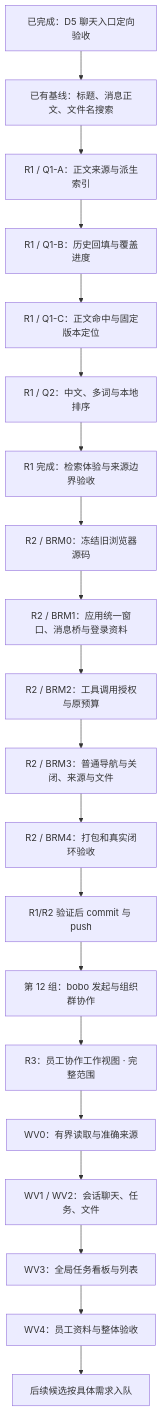
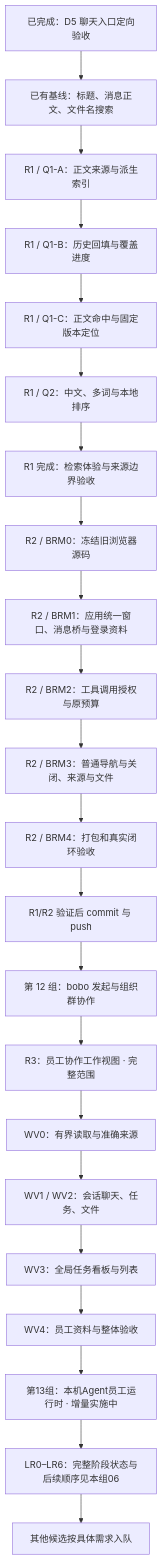
One commit to 6owen/boai-agent changed the diagram in ai-docs/spec/01-后续功能实施路线图.md. Above: the diagram before and after it, drawn with Mermaid. The commit also changed other lines of this file and 951 other files, not shown here.

````diff
--- a/ai-docs/spec/01-后续功能实施路线图.md
+++ b/ai-docs/spec/01-后续功能实施路线图.md
@@ -26,22 +54,24 @@
 ```mermaid
 flowchart TD
     P[已完成：D5 聊天入口定向验收] --> A[已有基线：标题、消息正文、文件名搜索]
     A --> B[R1 / Q1-A：正文来源与派生索引]
     B --> C[R1 / Q1-B：历史回填与覆盖进度]
     C --> D[R1 / Q1-C：正文命中与固定版本定位]
     D --> E[R1 / Q2：中文、多词与本地排序]
     E --> F[R1 完成：检索体验与来源边界验收]
     F --> G[R2 / BRM0：冻结旧浏览器源码]
     G --> H[R2 / BRM1：应用统一窗口、消息桥与登录资料]
     H --> I[R2 / BRM2：工具调用授权与原预算]
     I --> J[R2 / BRM3：普通导航与关闭、来源与文件]
     J --> K[R2 / BRM4：打包和真实闭环验收]
     K --> CMT[R1/R2 验证后 commit 与 push]
     CMT --> O[第 12 组：bobo 发起与组织群协作]
     O --> L[R3：员工协作工作视图 · 完整范围]
     L --> M[WV0：有界读取与准确来源]
     M --> N[WV1 / WV2：会话聊天、任务、文件]
     N --> V[WV3：全局任务看板与列表]
     V --> W[WV4：员工资料与整体验收]
-    W --> X[后续候选按具体需求入队]
+    W --> X[第13组：本机Agent员工运行时 · 增量实施中]
+    X --> Y[LR0–LR6：完整阶段状态与后续顺序见本组06]
+    Y --> Z[其他候选按具体需求入队]
 ```
````
